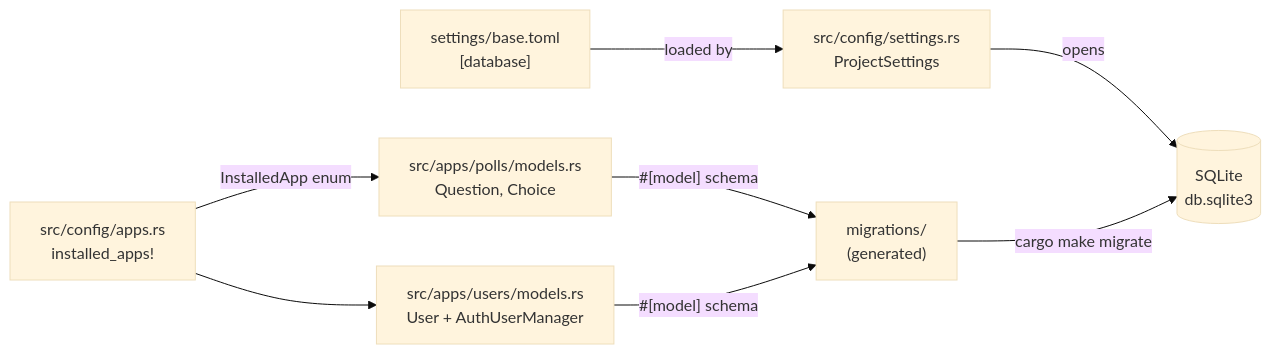
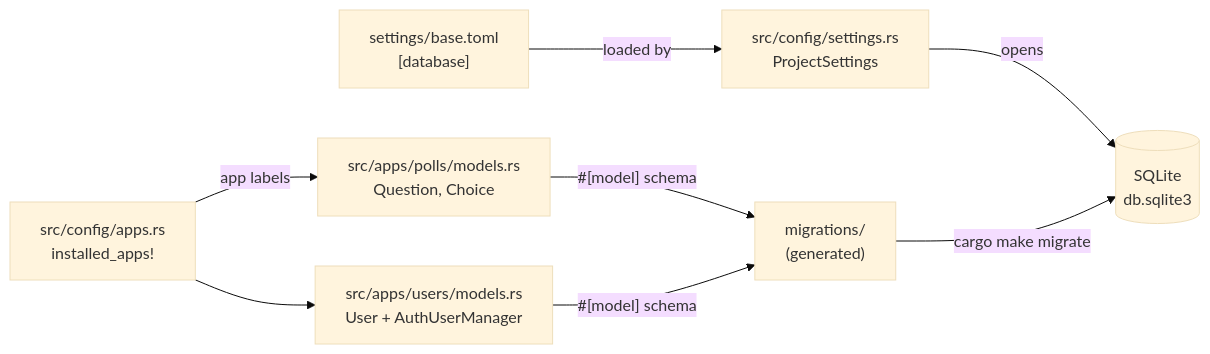
The diagram in website/content/quickstart/tutorials/basis/2-models-and-database.md (kent8192/reinhardt-web), drawn with Mermaid (base theme) before and after one commit. The commit also changed other lines of this file and 8 other files, not shown here.

````diff
--- a/website/content/quickstart/tutorials/basis/2-models-and-database.md
+++ b/website/content/quickstart/tutorials/basis/2-models-and-database.md
@@ -19,10 +19,10 @@
 ```mermaid
 flowchart LR
     Settings["settings/base.toml<br/>[database]"] -->|loaded by| ConfigSettings["src/config/settings.rs<br/>ProjectSettings"]
     ConfigSettings -->|opens| DB[(SQLite<br/>db.sqlite3)]
     PollsApp["src/apps/polls/models.rs<br/>Question, Choice"] -->|"#[model] schema"| Migrations["migrations/<br/>(generated)"]
     UsersApp["src/apps/users/models.rs<br/>User + AuthUserManager"] -->|"#[model] schema"| Migrations
     Migrations -->|cargo make migrate| DB
-    AppsConfig["src/config/apps.rs<br/>installed_apps!"] -->|InstalledApp enum| PollsApp
+    AppsConfig["src/config/apps.rs<br/>installed_apps!"] -->|app labels| PollsApp
     AppsConfig --> UsersApp
 ```
````
